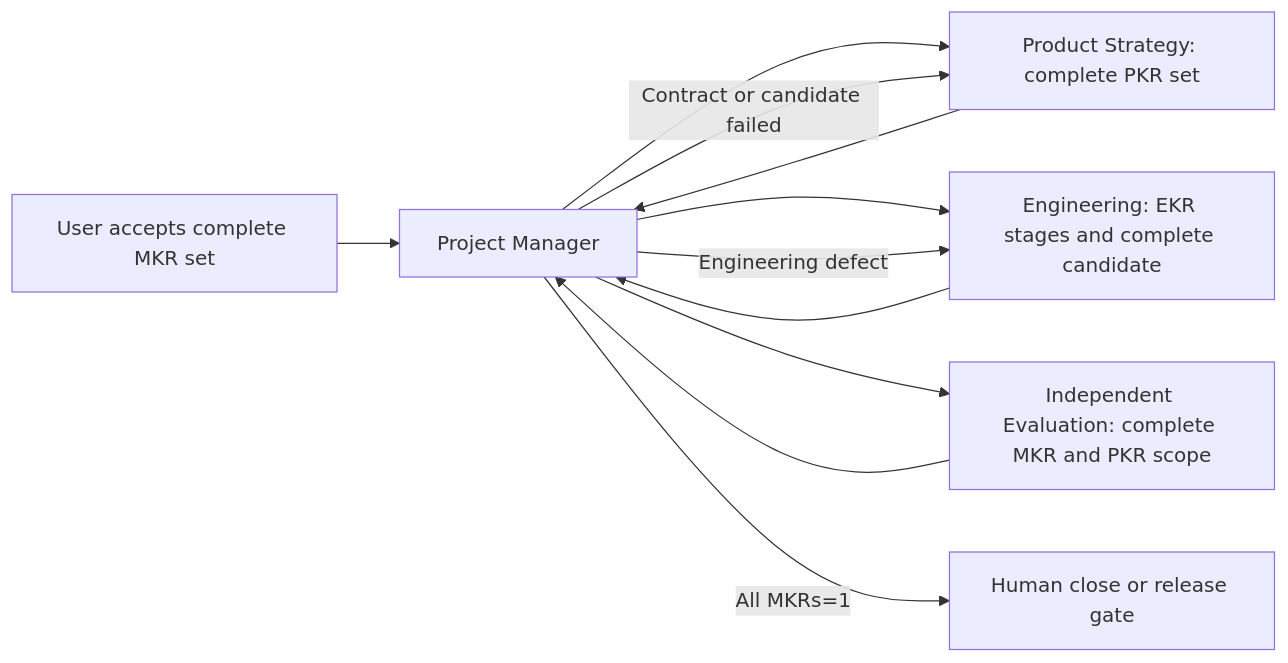
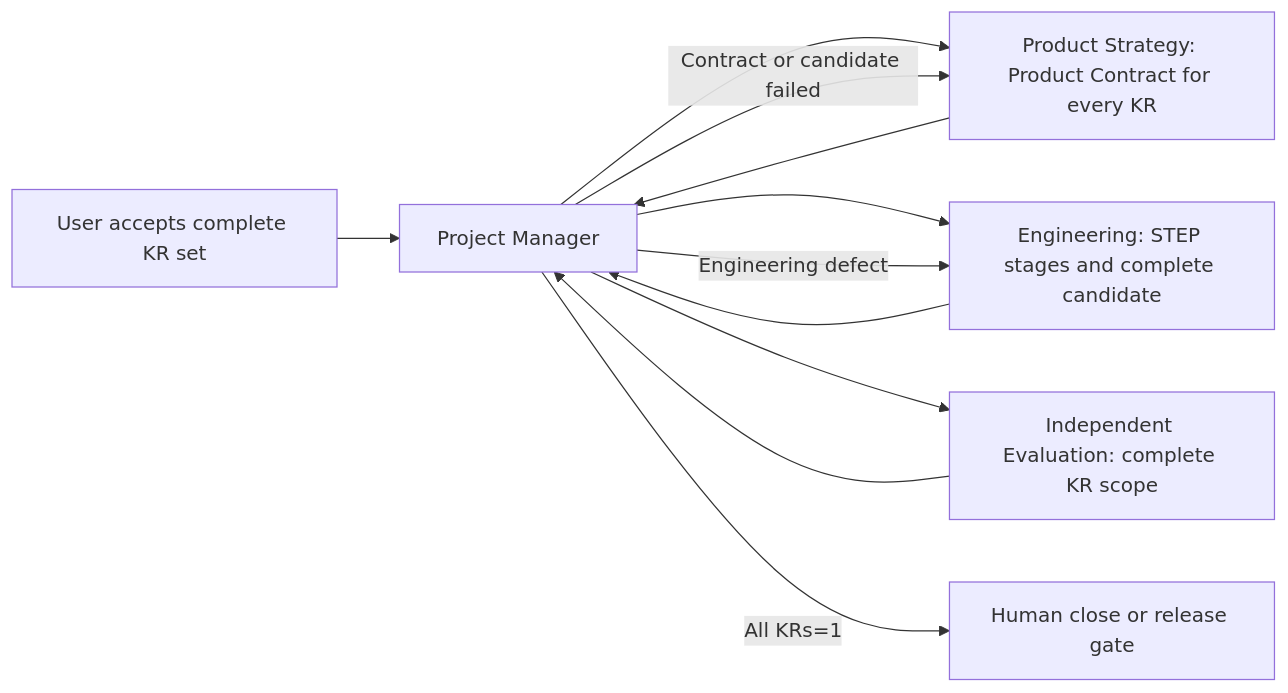
One commit to Deepleaper/Code-role changed the first of 2 diagrams in README.md. Above: the diagram before and after it, drawn with Mermaid. The commit also changed other lines of this file and 94 other files, not shown here.

````diff
--- a/README.md
+++ b/README.md
@@ -133,13 +133,13 @@
 ```mermaid
 flowchart LR
-    U["User accepts complete MKR set"] --> PM["Project Manager"]
-    PM --> P["Product Strategy: complete PKR set"]
+    U["User accepts complete KR set"] --> PM["Project Manager"]
+    PM --> P["Product Strategy: Product Contract for every KR"]
     P --> PM
-    PM --> E["Engineering: EKR stages and complete candidate"]
+    PM --> E["Engineering: STEP stages and complete candidate"]
     E --> PM
-    PM --> V["Independent Evaluation: complete MKR and PKR scope"]
+    PM --> V["Independent Evaluation: complete KR scope"]
     V --> PM
-    PM -- "All MKRs=1" --> H["Human close or release gate"]
+    PM -- "All KRs=1" --> H["Human close or release gate"]
     PM -- "Contract or candidate failed" --> P
     PM -- "Engineering defect" --> E
 ```
````
